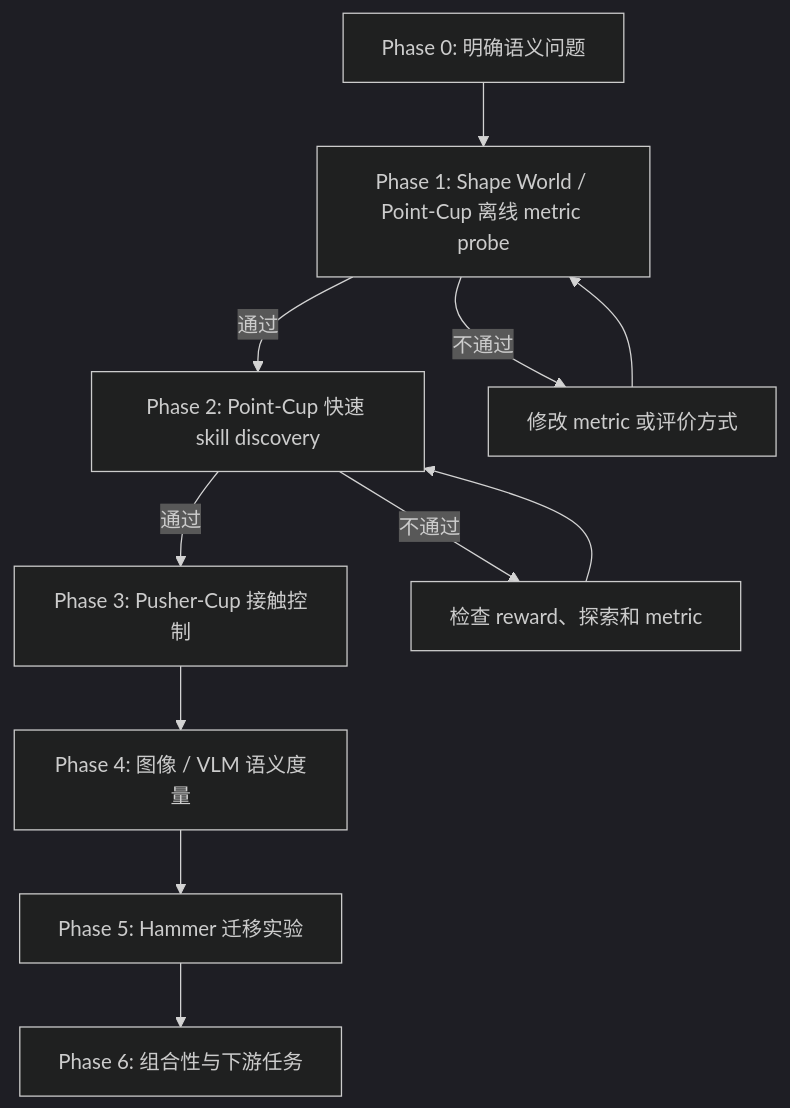
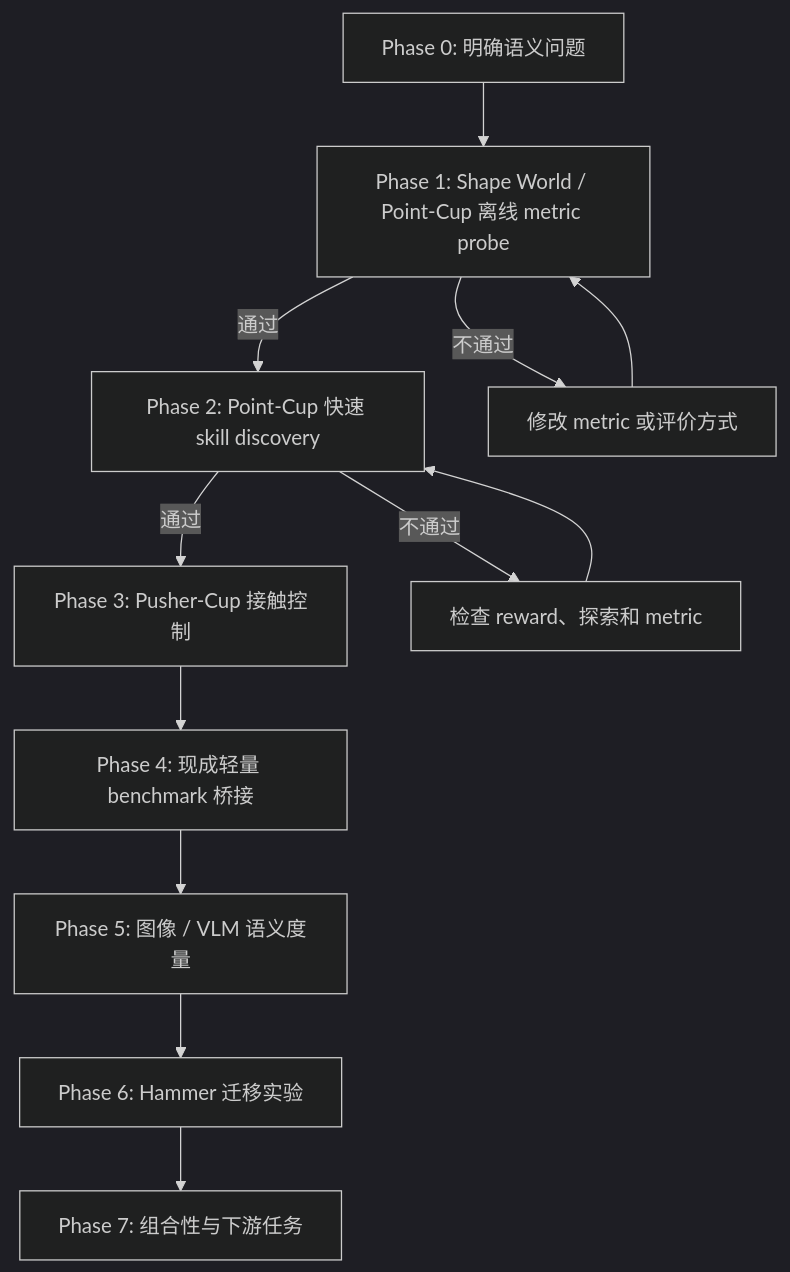
One commit to Waybaba/simtoolreal changed the diagram in SKILL_DISCOVERY.md. Above: the diagram before and after it, drawn with Mermaid (dark theme). The commit also changed other lines of this file and 14 other files, not shown here.

````diff
--- a/SKILL_DISCOVERY.md
+++ b/SKILL_DISCOVERY.md
@@ -12,13 +12,14 @@
 ```mermaid
 flowchart TD
     A["Phase 0: 明确语义问题"] --> B["Phase 1: Shape World / Point-Cup 离线 metric probe"]
     B -->|通过| C["Phase 2: Point-Cup 快速 skill discovery"]
     B -->|不通过| B1["修改 metric 或评价方式"]
     B1 --> B
     C -->|通过| D["Phase 3: Pusher-Cup 接触控制"]
     C -->|不通过| C1["检查 reward、探索和 metric"]
     C1 --> C
-    D --> E["Phase 4: 图像 / VLM 语义度量"]
-    E --> F["Phase 5: Hammer 迁移实验"]
-    F --> G["Phase 6: 组合性与下游任务"]
+    D --> E["Phase 4: 现成轻量 benchmark 桥接"]
+    E --> F["Phase 5: 图像 / VLM 语义度量"]
+    F --> G["Phase 6: Hammer 迁移实验"]
+    G --> H["Phase 7: 组合性与下游任务"]
 ```
````
